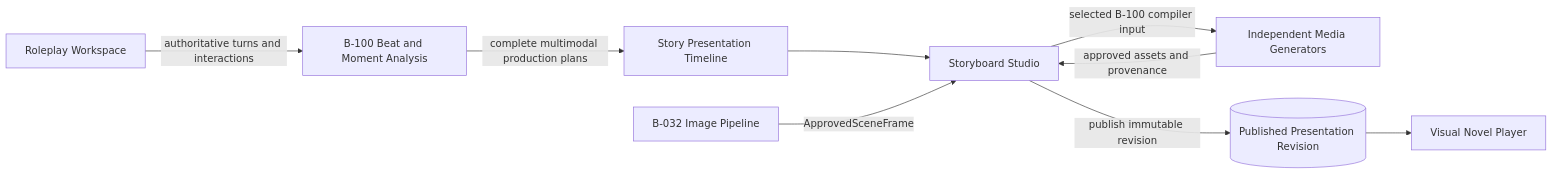
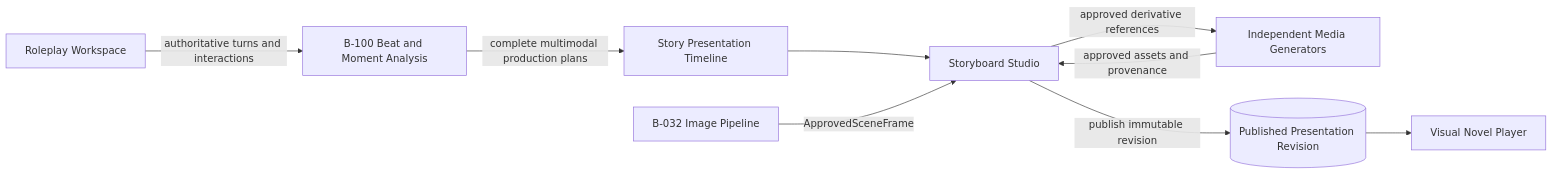
One commit to DaturaInoxia/DreamGenClone changed the diagram in specs/Planning/B-101-story-presentation-timeline/README.md. Above: the diagram before and after it, drawn with Mermaid. The commit also changed other lines of this file and 21 other files, not shown here.

````diff
--- a/specs/Planning/B-101-story-presentation-timeline/README.md
+++ b/specs/Planning/B-101-story-presentation-timeline/README.md
@@ -58,11 +62,11 @@
 ```mermaid
 flowchart LR
     RP[Roleplay Workspace] -->|authoritative turns and interactions| B100[B-100 Beat and Moment Analysis]
     B100 -->|complete multimodal production plans| TL[Story Presentation Timeline]
     TL --> SB[Storyboard Studio]
-    SB -->|selected B-100 compiler input| MG[Independent Media Generators]
+    SB -->|approved derivative references| MG[Independent Media Generators]
     MG -->|approved assets and provenance| SB
     SB -->|publish immutable revision| PUB[(Published Presentation Revision)]
     PUB --> VN[Visual Novel Player]
     B032[B-032 Image Pipeline] -->|ApprovedSceneFrame| SB
 ```
````
